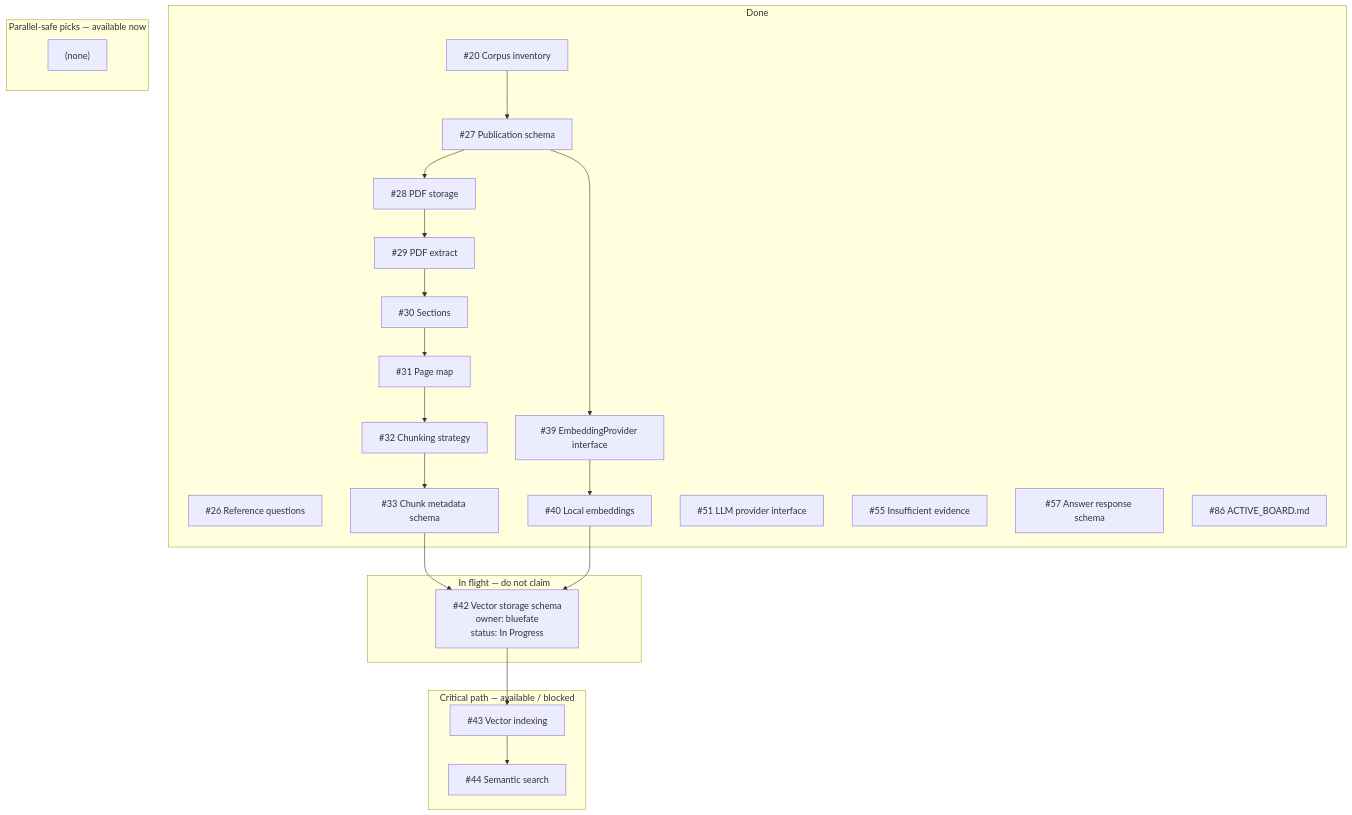
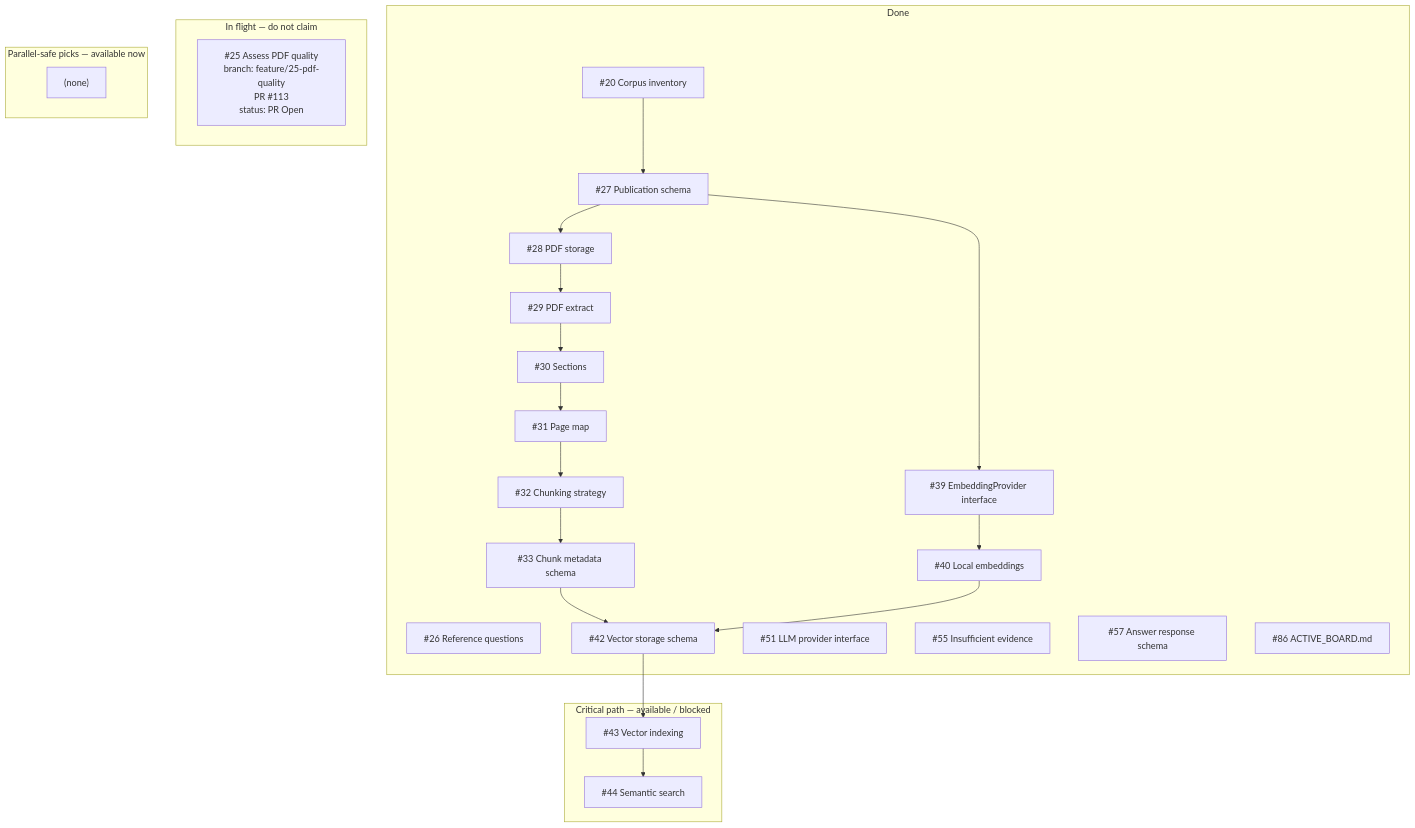
The diagram in docs/development/ACTIVE_BOARD.md (bluefate/spacebio-evidence-engine), drawn with Mermaid before and after one commit. The commit also changed other lines of this file and 1 other file, not shown here.

````diff
--- a/docs/development/ACTIVE_BOARD.md
+++ b/docs/development/ACTIVE_BOARD.md
@@ -62,43 +62,44 @@
 ```mermaid
 flowchart TB
   subgraph done [Done]
     i20["#20 Corpus inventory"]
     i26["#26 Reference questions"]
     i27["#27 Publication schema"]
     i28["#28 PDF storage"]
     i29["#29 PDF extract"]
     i30["#30 Sections"]
     i31["#31 Page map"]
     i32["#32 Chunking strategy"]
     i33["#33 Chunk metadata schema"]
     i39["#39 EmbeddingProvider interface"]
     i40["#40 Local embeddings"]
+    i42["#42 Vector storage schema"]
     i51["#51 LLM provider interface"]
     i55["#55 Insufficient evidence"]
     i57["#57 Answer response schema"]
     i86["#86 ACTIVE_BOARD.md"]
   end
   subgraph inflight [In flight — do not claim]
-    i42["#42 Vector storage schema<br/>owner: bluefate<br/>status: In Progress"]
+    i25["#25 Assess PDF quality<br/>branch: feature/25-pdf-quality<br/>PR #113<br/>status: PR Open"]
   end
   subgraph nextCritical [Critical path — available / blocked]
     i43["#43 Vector indexing"]
     i44["#44 Semantic search"]
   end
   subgraph nextParallel [Parallel-safe picks — available now]
     nextParallel_empty["(none)"]
   end
   i20 --> i27
   i27 --> i28
   i28 --> i29
   i29 --> i30
   i30 --> i31
   i31 --> i32
   i32 --> i33
   i33 --> i42
   i27 --> i39
   i39 --> i40
   i40 --> i42
   i42 --> i43
   i43 --> i44
 ```
````
